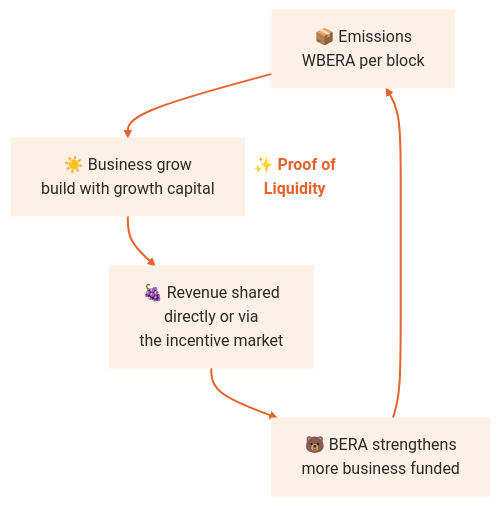
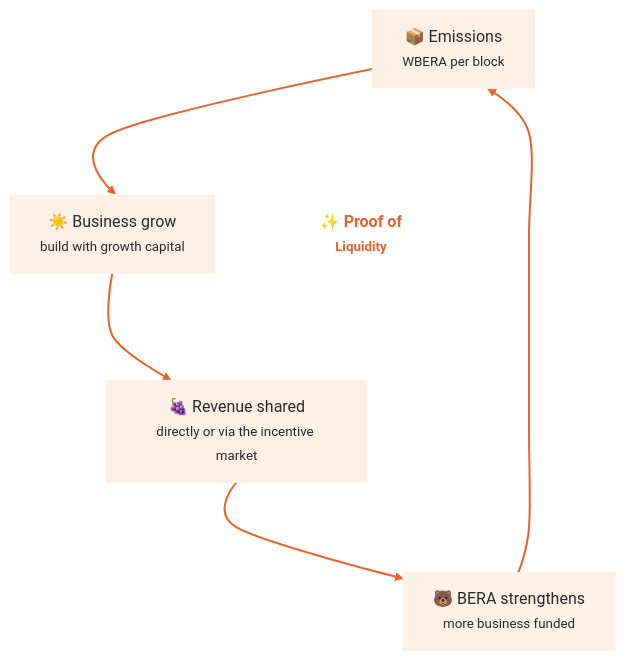
One commit to berachain/docs changed the diagram in general/introduction/what-is-proof-of-liquidity.mdx. Above: the diagram before and after it, drawn with Mermaid.

Commit message:
Updated mintlify pages
- Updated general/introduction/what-is-proof-of-liquidity.mdx

Mintlify-Source: dashboard-editor

````diff
--- a/general/introduction/what-is-proof-of-liquidity.mdx
+++ b/general/introduction/what-is-proof-of-liquidity.mdx
@@ -12,29 +12,28 @@
 ```mermaid actions={false}
+%%{init: {'flowchart': {'curve': 'cardinal', 'nodeSpacing': 90, 'rankSpacing': 90}}}%%
 flowchart TB
-    Emissions["📦 Emissions<br/>WBERA per block"]:::pill
+    Emissions["📦 Emissions<br/><small>WBERA per block</small>"]:::pill
 
-    BERA["🐻 BERA strengthens<br/>more business funded"]:::pill
-    POL(["✨ Proof of<br/>Liquidity"]):::center
-    Business["☀️ Business grow<br/>build with growth capital"]:::pill
+    BERA["🐻 BERA strengthens<br/><small>more business funded</small>"]:::pill
+    POL((("✨ Proof of<br/><small>Liquidity</small>"))):::center
+    Business["☀️ Business grow<br/><small>build with growth capital</small>"]:::pill
 
-    Revenue["🍇 Revenue shared<br/>directly or via<br/>the incentive market"]:::pill
+    Revenue["🍇 Revenue shared<br/><small>directly or via the incentive market</small>"]:::pill
 
-    %% visible clockwise cycle: down the right, up the left
     Emissions --> Business
     Business --> Revenue
     Revenue --> BERA
     BERA --> Emissions
 
-    %% invisible scaffolding: compress the 4-cycle into 3 ranks
     Emissions ~~~ BERA
     Emissions ~~~ POL
     POL ~~~ Revenue
 
     classDef pill fill:#fdf0e6,stroke:#fdf0e6,color:#2a2a2a
     classDef center fill:none,stroke:none,color:#e8622c,font-weight:bold
     class Emissions,BERA,Business,Revenue pill
     class POL center
 
     linkStyle 0,1,2,3 stroke:#e8622c,stroke-width:2px
     linkStyle 4,5,6 stroke:none
 ```
````
